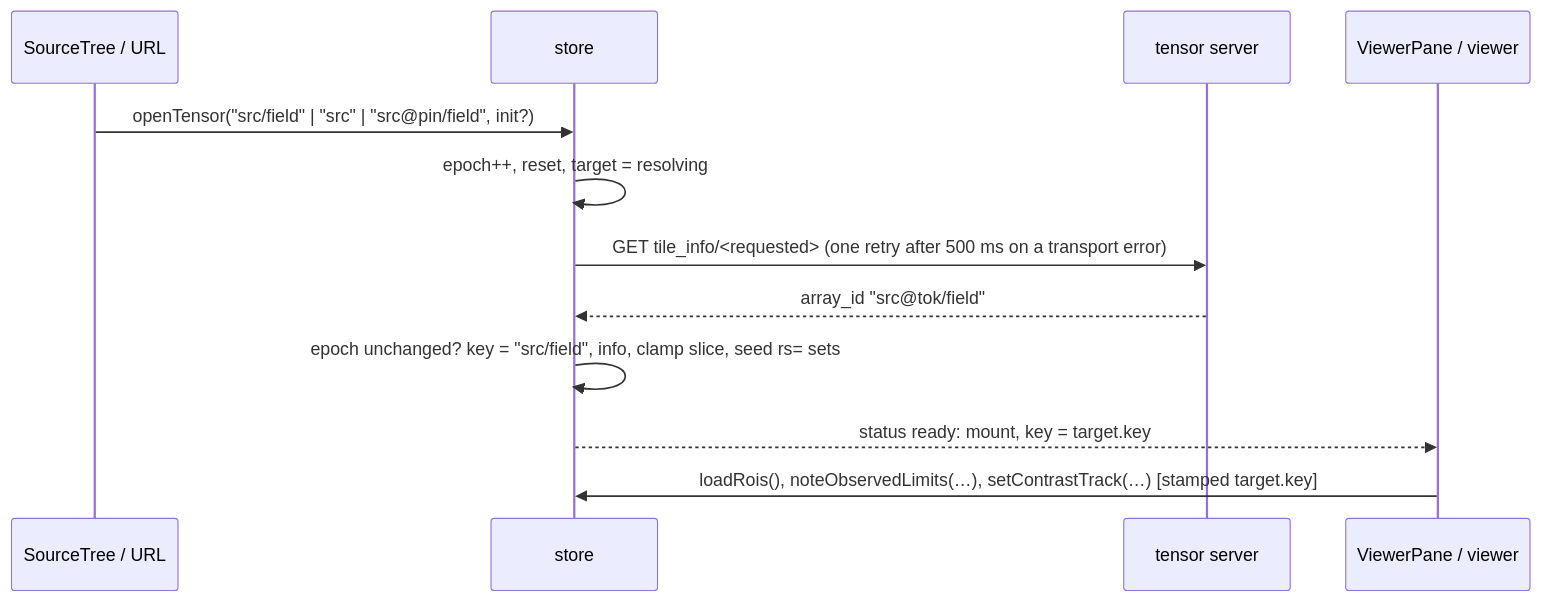
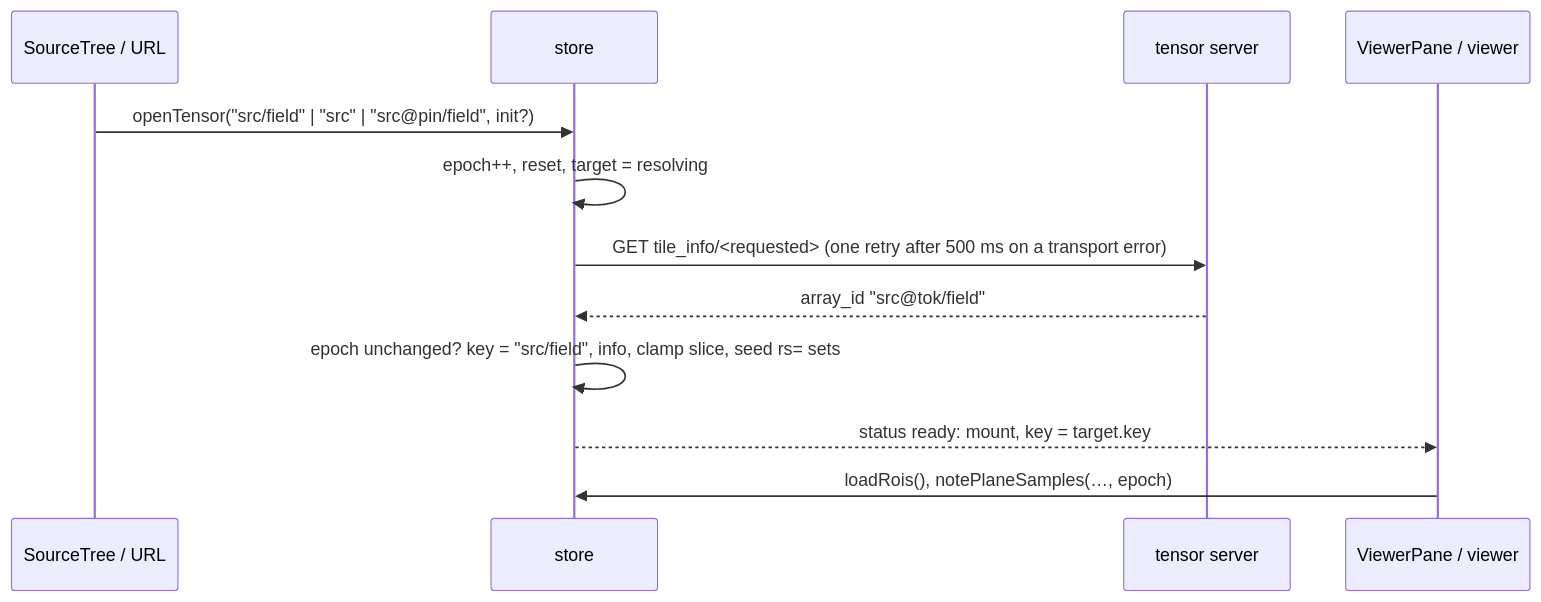
Before and after one commit to biopb/biopb: the diagram in web/docs/viewer-architecture.md, drawn with Mermaid. The commit also changed other lines of this file and 1 other file, not shown here.

Commit message:
web: retire the viewer refactor proposal, bring the architecture doc up to date

````diff
--- a/web/docs/viewer-architecture.md
+++ b/web/docs/viewer-architecture.md
@@ -98,14 +93,14 @@
 ```mermaid
 sequenceDiagram
   participant T as SourceTree / URL
   participant S as store
   participant H as tensor server
   participant V as ViewerPane / viewer
   T->>S: openTensor("src/field" | "src" | "src@pin/field", init?)
   S->>S: epoch++, reset, target = resolving
   S->>H: GET tile_info/<requested>   (one retry after 500 ms on a transport error)
   H-->>S: array_id "src@tok/field"
   S->>S: epoch unchanged? key = "src/field", info, clamp slice, seed rs= sets
   S-->>V: status ready: mount, key = target.key
-  V->>S: loadRois(), noteObservedLimits(…), setContrastTrack(…)   [stamped target.key]
+  V->>S: loadRois(), notePlaneSamples(…, epoch)
 ```
````
